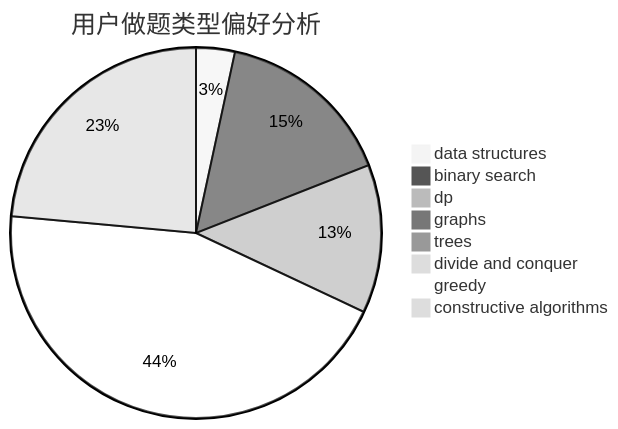
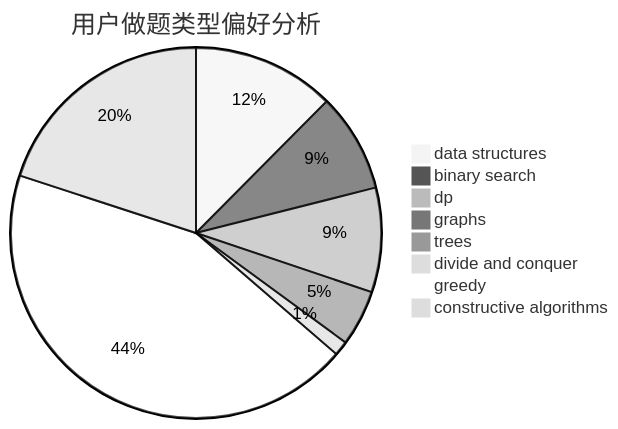
One commit to sherpahu/cfrs.github.io changed the second of 3 diagrams in docs/user/u691.md. Above: the diagram before and after it, drawn with Mermaid (neutral theme). The commit also changed other lines of this file and 2770 other files, not shown here.

````diff
--- a/docs/user/u691.md
+++ b/docs/user/u691.md
@@ -23,11 +23,11 @@
 ```mermaid
 pie title 用户做题类型偏好分析
-    "data structures" :  60
-    "binary search" :  278
-    "dp" :  230
-    "graphs" :  15
-    "trees" :  13
-    "divide and conquer" :  0
-    "greedy" :  789
-    "constructive algorithms" :  418
+    "data structures" :  127
+    "binary search" :  88
+    "dp" :  93
+    "graphs" :  3
+    "trees" :  50
+    "divide and conquer" :  13
+    "greedy" :  446
+    "constructive algorithms" :  204
 ```
````
